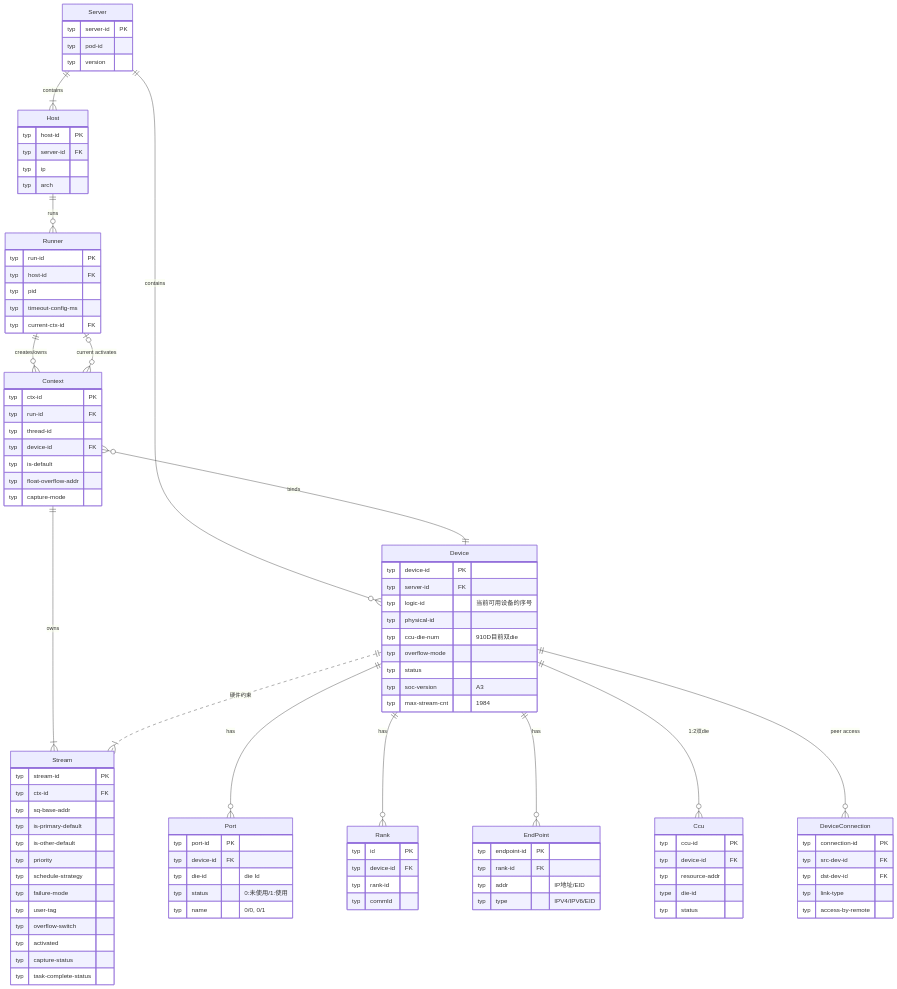
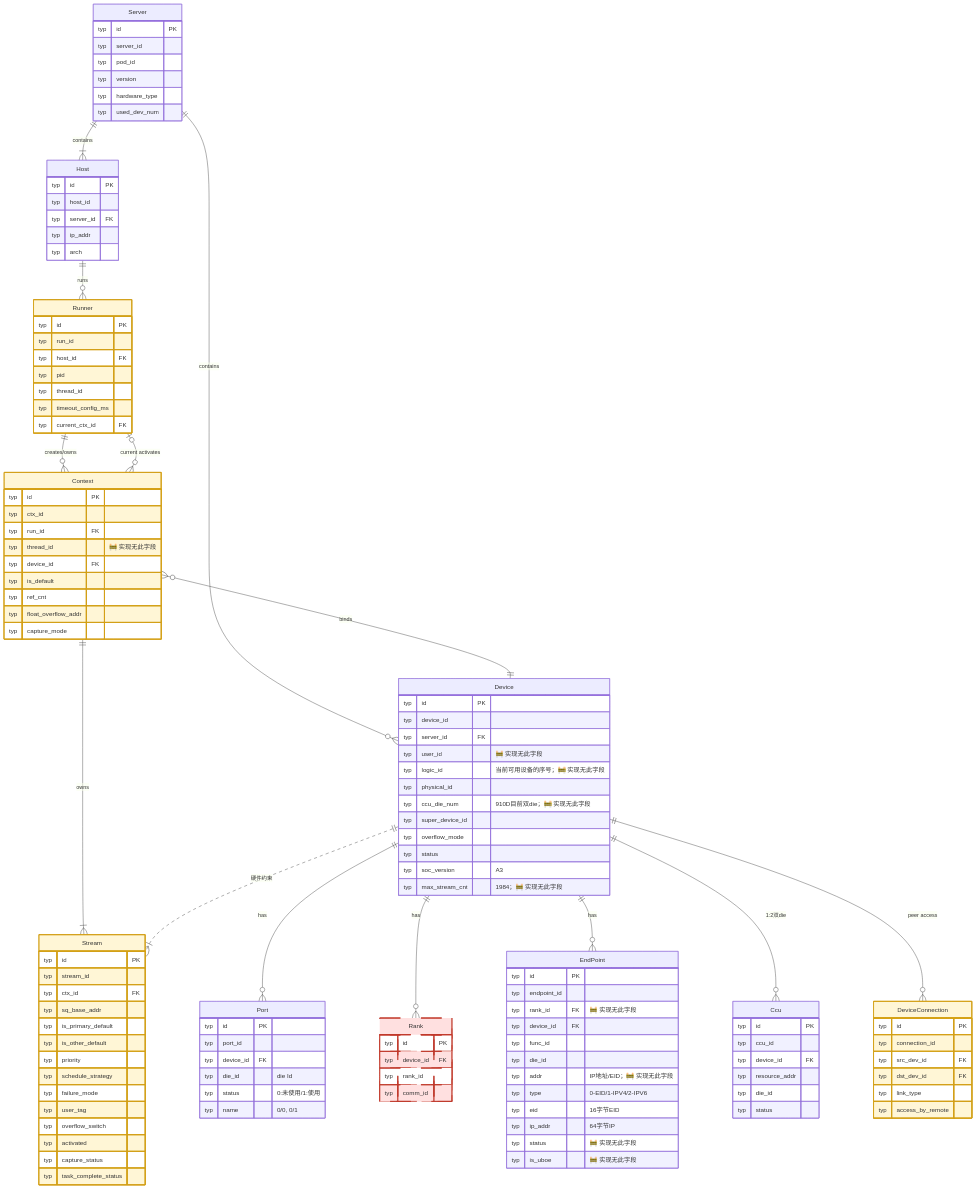
Before and after one commit to Fengfengst123/hcomm-mirror: the third of 19 diagrams in test/hccl_vm/docs/simulator_runner_data_model.md, drawn with Mermaid. The commit also changed other lines of this file and 701 other files, not shown here.

````diff
--- a/test/hccl_vm/docs/simulator_runner_data_model.md
+++ b/test/hccl_vm/docs/simulator_runner_data_model.md
@@ -124,29 +179,38 @@
 erDiagram
     %% ==========================================
     %% 第一层：物理拓扑层 (Server -> Host/Device)
+    %% 🧠 可进程私有：Context / Stream / DeviceConnection（仅 src/proxy 访问，cmd 仅转储）
     %% ==========================================
     Server {
-        typ server-id PK
-        typ pod-id
+        typ id PK
+        typ server_id
+        typ pod_id
         typ version
+        typ hardware_type
+        typ used_dev_num
     }
     Host {
-        typ host-id PK
-        typ server-id FK
-        typ ip
+        typ id PK
+        typ host_id
+        typ server_id FK
+        typ ip_addr
         typ arch
     }
     Device {
-        typ device-id PK
-        typ server-id FK
-        typ logic-id "当前可用设备的序号"
-        typ physical-id
-        typ ccu-die-num "910D目前双die"
-        typ overflow-mode
+        typ id PK
+        typ device_id
+        typ server_id FK
+        typ user_id "🚧 实现无此字段"
+        typ logic_id "当前可用设备的序号；🚧 实现无此字段"
+        typ physical_id
+        typ ccu_die_num "910D目前双die；🚧 实现无此字段"
+        typ super_device_id
+        typ overflow_mode
         typ status
-        typ soc-version "A3"
-        typ max-stream-cnt "1984"
+        typ soc_version "A3"
+        typ max_stream_cnt "1984；🚧 实现无此字段"
     }
+    %% 实现无 ccu_die_num（die 数见 §3.2）；max_stream_cnt 为能力值（aclrt_stream_stub.cc:287）
     Server ||--|{ Host : contains
     Server ||--o{ Device : contains
 
@@ -154,35 +218,41 @@
     %% 第二层：进程与上下文层 (Runner -> Context -> Stream)
     %% ==========================================
     Runner {
-        typ run-id PK
-        typ host-id FK
+        typ id PK
+        typ run_id
+        typ host_id FK
         typ pid
-        typ timeout-config-ms
-        typ current-ctx-id FK
+        typ thread_id
+        typ timeout_config_ms
+        typ current_ctx_id FK
     }
     Context {
-        typ ctx-id PK
-        typ run-id FK
-        typ thread-id
-        typ device-id FK
-        typ is-default
-        typ float-overflow-addr
-        typ capture-mode
+        typ id PK
+        typ ctx_id
+        typ run_id FK
+        typ thread_id "🚧 实现无此字段"
+        typ device_id FK
+        typ is_default
+        typ ref_cnt
+        typ float_overflow_addr
+        typ capture_mode
     }
+    %% Context 实现无 thread_id（线程字段是 Runner.thread_id）；ref_cnt 为实现的引用计数
     Stream {
-        typ stream-id PK
-        typ ctx-id FK
-        typ sq-base-addr
-        typ is-primary-default
-        typ is-other-default
+        typ id PK
+        typ stream_id
+        typ ctx_id FK
+        typ sq_base_addr
+        typ is_primary_default
+        typ is_other_default
         typ priority
-        typ schedule-strategy
-        typ failure-mode
-        typ user-tag
-        typ overflow-switch
+        typ schedule_strategy
+        typ failure_mode
+        typ user_tag
+        typ overflow_switch
         typ activated
-        typ capture-status
-        typ task-complete-status
+        typ capture_status
+        typ task_complete_status
     }
     Host ||--o{ Runner : runs
     Runner ||--o{ Context : "creates/owns"
@@ -195,41 +265,58 @@
     %% 第三层：设备内部资源层 (Port/EndPoint/Ccu)
     %% ==========================================
     Port {
-        typ port-id PK
-        typ device-id FK
-        typ die-id "die Id"
+        typ id PK
+        typ port_id
+        typ device_id FK
+        typ die_id "die Id"
         typ status "0:未使用/1:使用"
         typ name "0/0, 0/1"
     }
     Rank {
         typ id PK
-        typ device-id FK
-        typ rank-id
-        typ commId
+        typ device_id FK
+        typ rank_id
+        typ comm_id
     }
     EndPoint {
-        typ endpoint-id PK
-        typ rank-id FK
-        typ addr "IP地址/EID"
-        typ type "IPV4/IPV6/EID"
+        typ id PK
+        typ endpoint_id
+        typ rank_id FK "🚧 实现无此字段"
+        typ device_id FK
+        typ func_id
+        typ die_id
+        typ addr "IP地址/EID；🚧 实现无此字段"
+        typ type "0-EID/1-IPV4/2-IPV6"
+        typ eid "16字节EID"
+        typ ip_addr "64字节IP"
+        typ status "🚧 实现无此字段"
+        typ is_uboe "🚧 实现无此字段"
     }
     Ccu {
-        typ ccu-id PK
-        typ device-id FK
-        typ resource-addr
-        type die-id
+        typ id PK
+        typ ccu_id
+        typ device_id FK
+        typ resource_addr
+        typ die_id
         typ status
     }
     DeviceConnection {
-        typ connection-id PK
-        typ src-dev-id FK
-        typ dst-dev-id FK
-        typ link-type
-        typ access-by-remote
+        typ id PK
+        typ connection_id
+        typ src_dev_id FK
+        typ dst_dev_id FK
+        typ link_type
+        typ access_by_remote
     }
     Device ||--o{ Port : "has"
     Device ||--o{ Rank : "has"
     Device ||--o{ EndPoint : "has"
     Device ||--o{ Ccu : "1:2双die"
     Device ||--o{ DeviceConnection : "peer access"
+
+    %% 图例：🟥 未实现（全仓无同名实体）　🟨 仅本进程/转储访问　无色 有跨进程消费
+    classDef unimplemented fill:#ffe0e0,stroke:#c0392b,stroke-width:2px,stroke-dasharray:5 3
+    classDef inproc fill:#fff6d6,stroke:#d4a017,stroke-width:2px
+    class Rank unimplemented
+    class Runner,Context,Stream,DeviceConnection inproc
 ```
````
